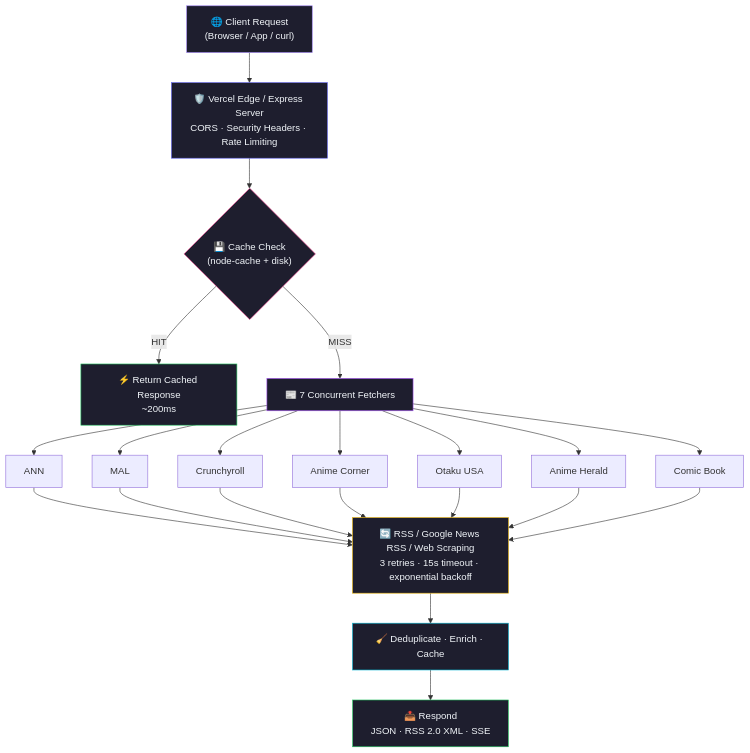
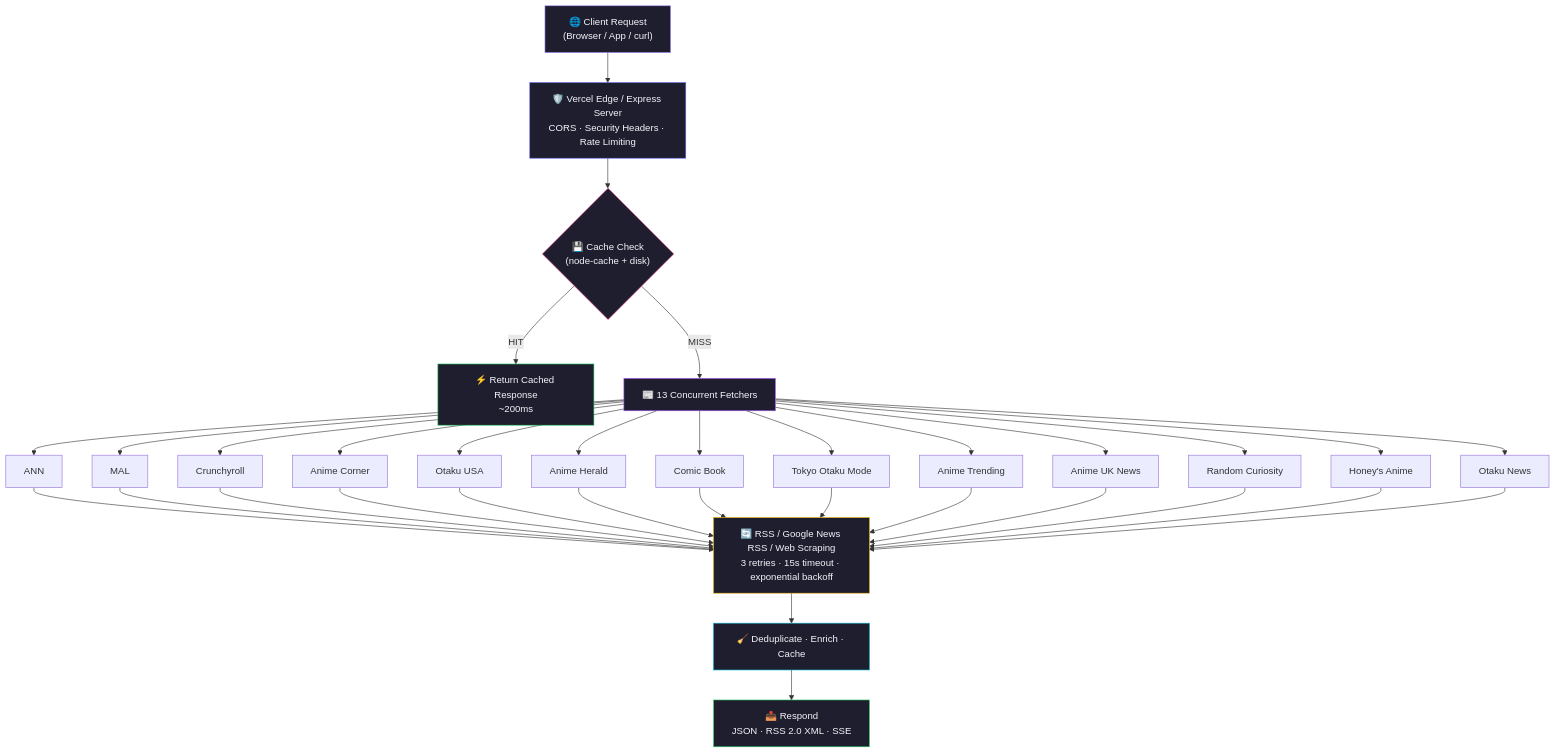
The first of 2 diagrams in README.md (Alvaro-Ferraz/kizuna-news-provider), drawn with Mermaid before and after one commit. The commit also changed other lines of this file and 10 other files, not shown here.

````diff
--- a/README.md
+++ b/README.md
@@ -96,28 +96,34 @@
 ```mermaid
 flowchart TD
     A["🌐 Client Request<br/>(Browser / App / curl)"] --> B["🛡️ Vercel Edge / Express Server<br/>CORS · Security Headers · Rate Limiting"]
     B --> C{"💾 Cache Check<br/>(node-cache + disk)"}
     C -- HIT --> D["⚡ Return Cached Response<br/>~200ms"]
-    C -- MISS --> E["📰 7 Concurrent Fetchers"]
+    C -- MISS --> E["📰 13 Concurrent Fetchers"]
 
     E --> E1["ANN"]
     E --> E2["MAL"]
     E --> E3["Crunchyroll"]
     E --> E4["Anime Corner"]
     E --> E5["Otaku USA"]
     E --> E6["Anime Herald"]
     E --> E7["Comic Book"]
+    E --> E8["Tokyo Otaku Mode"]
+    E --> E9["Anime Trending"]
+    E --> E10["Anime UK News"]
+    E --> E11["Random Curiosity"]
+    E --> E12["Honey's Anime"]
+    E --> E13["Otaku News"]
 
-    E1 & E2 & E3 & E4 & E5 & E6 & E7 --> F["🔄 RSS / Google News RSS / Web Scraping<br/>3 retries · 15s timeout · exponential backoff"]
+    E1 & E2 & E3 & E4 & E5 & E6 & E7 & E8 & E9 & E10 & E11 & E12 & E13 --> F["🔄 RSS / Google News RSS / Web Scraping<br/>3 retries · 15s timeout · exponential backoff"]
     F --> G["🧹 Deduplicate · Enrich · Cache"]
     G --> H["📤 Respond<br/>JSON · RSS 2.0 XML · SSE"]
 
     style A fill:#1e1e2e,stroke:#a78bfa,color:#f1f5f9
     style B fill:#1e1e2e,stroke:#6366f1,color:#f1f5f9
     style C fill:#1e1e2e,stroke:#f43f8e,color:#f1f5f9
     style D fill:#1e1e2e,stroke:#22c55e,color:#f1f5f9
     style E fill:#1e1e2e,stroke:#a855f7,color:#f1f5f9
     style F fill:#1e1e2e,stroke:#eab308,color:#f1f5f9
     style G fill:#1e1e2e,stroke:#06b6d4,color:#f1f5f9
     style H fill:#1e1e2e,stroke:#22c55e,color:#f1f5f9
 ```
````
